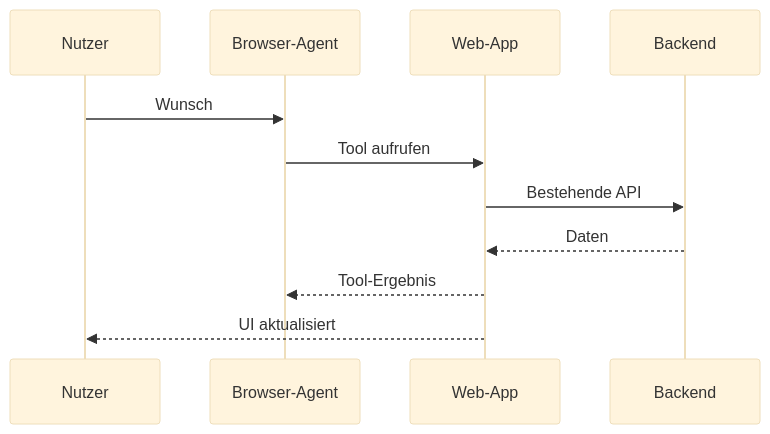
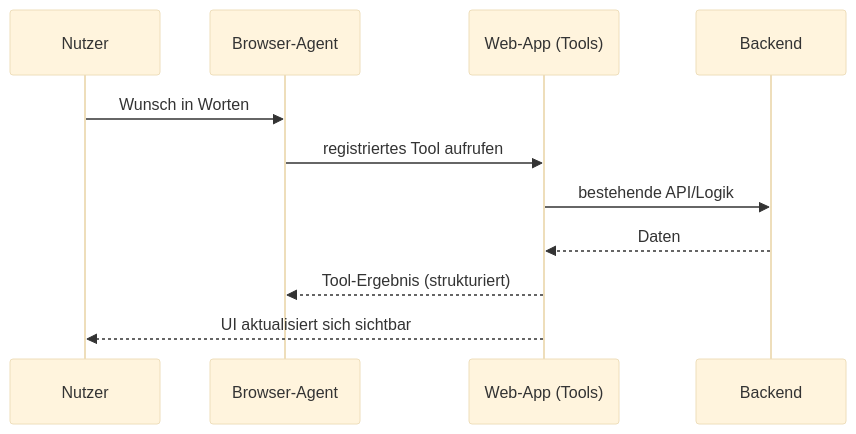
One commit to mactanner/trailfolk-slides changed the diagram in slides.md. Above: the diagram before and after it, drawn with Mermaid (base theme). The commit also changed other lines of this file and 3 other files, not shown here.

````diff
--- a/slides.md
+++ b/slides.md
@@ -321,14 +366,14 @@
 ```mermaid {scale: 0.62}
 sequenceDiagram
     participant U as Nutzer
     participant A as Browser-Agent
-    participant P as Web-App
+    participant P as Web-App (Tools)
     participant S as Backend
 
-    U->>A: Wunsch
-    A->>P: Tool aufrufen
-    P->>S: Bestehende API
+    U->>A: Wunsch in Worten
+    A->>P: registriertes Tool aufrufen
+    P->>S: bestehende API/Logik
     S-->>P: Daten
-    P-->>A: Tool-Ergebnis
-    P-->>U: UI aktualisiert
+    P-->>A: Tool-Ergebnis (strukturiert)
+    P-->>U: UI aktualisiert sich sichtbar
 ```
````
